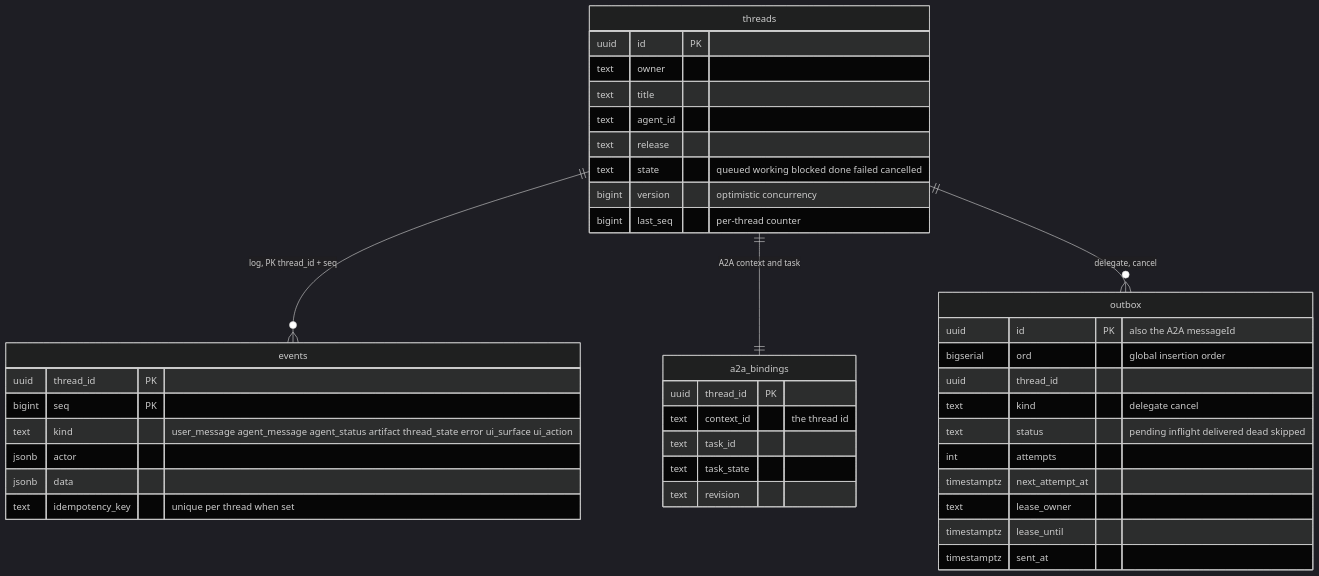
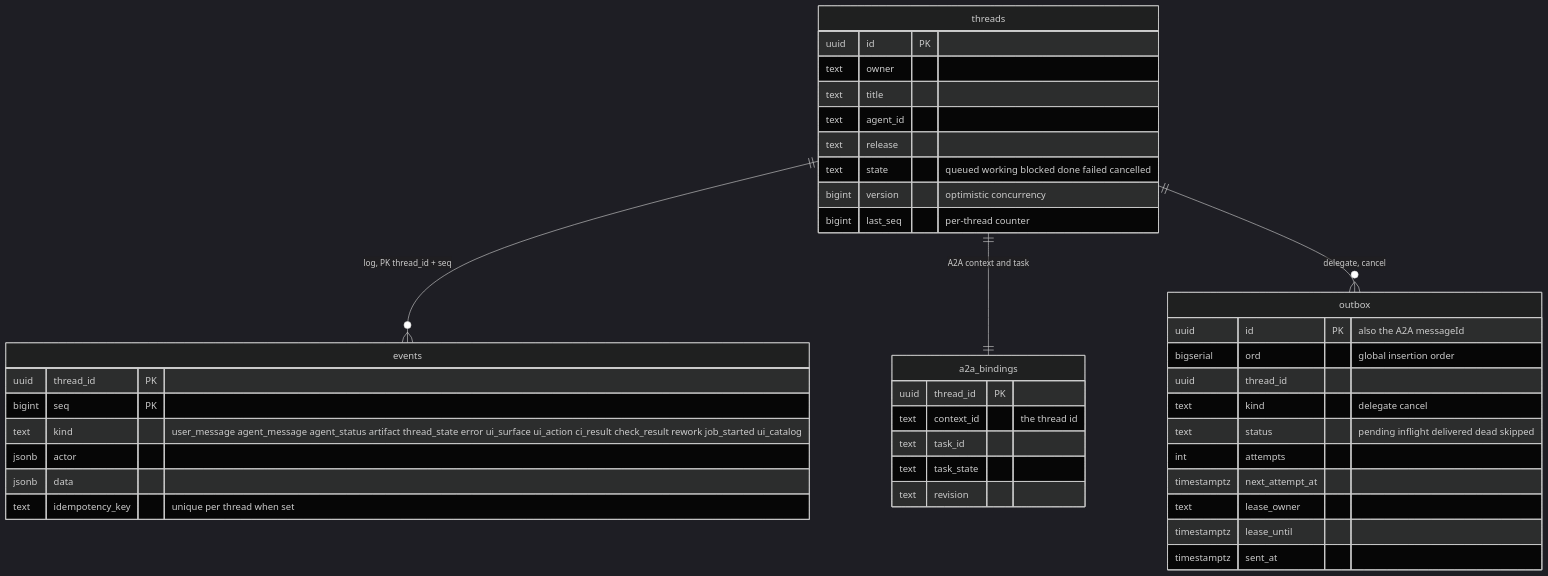
One commit to vymalo/another-agentic-system changed diagram 21 of 24 in docs/orchestrator.md. Above: the diagram before and after it, drawn with Mermaid (dark theme). The commit also changed other lines of this file and 103 other files, not shown here.

````diff
--- a/docs/orchestrator.md
+++ b/docs/orchestrator.md
@@ -1251,43 +1271,43 @@
 ```mermaid
 erDiagram
   threads ||--o{ events : "log, PK thread_id + seq"
   threads ||--|| a2a_bindings : "A2A context and task"
   threads ||--o{ outbox : "delegate, cancel"
   threads {
     uuid id PK
     text owner
     text title
     text agent_id
     text release
     text state "queued working blocked done failed cancelled"
     bigint version "optimistic concurrency"
     bigint last_seq "per-thread counter"
   }
   events {
     uuid thread_id PK
     bigint seq PK
-    text kind "user_message agent_message agent_status artifact thread_state error ui_surface ui_action"
+    text kind "user_message agent_message agent_status artifact thread_state error ui_surface ui_action ci_result check_result rework job_started ui_catalog"
     jsonb actor
     jsonb data
     text idempotency_key "unique per thread when set"
   }
   a2a_bindings {
     uuid thread_id PK
     text context_id "the thread id"
     text task_id
     text task_state
     text revision
   }
   outbox {
     uuid id PK "also the A2A messageId"
     bigserial ord "global insertion order"
     uuid thread_id
     text kind "delegate cancel"
     text status "pending inflight delivered dead skipped"
     int attempts
     timestamptz next_attempt_at
     text lease_owner
     timestamptz lease_until
     timestamptz sent_at
   }
 ```
````
